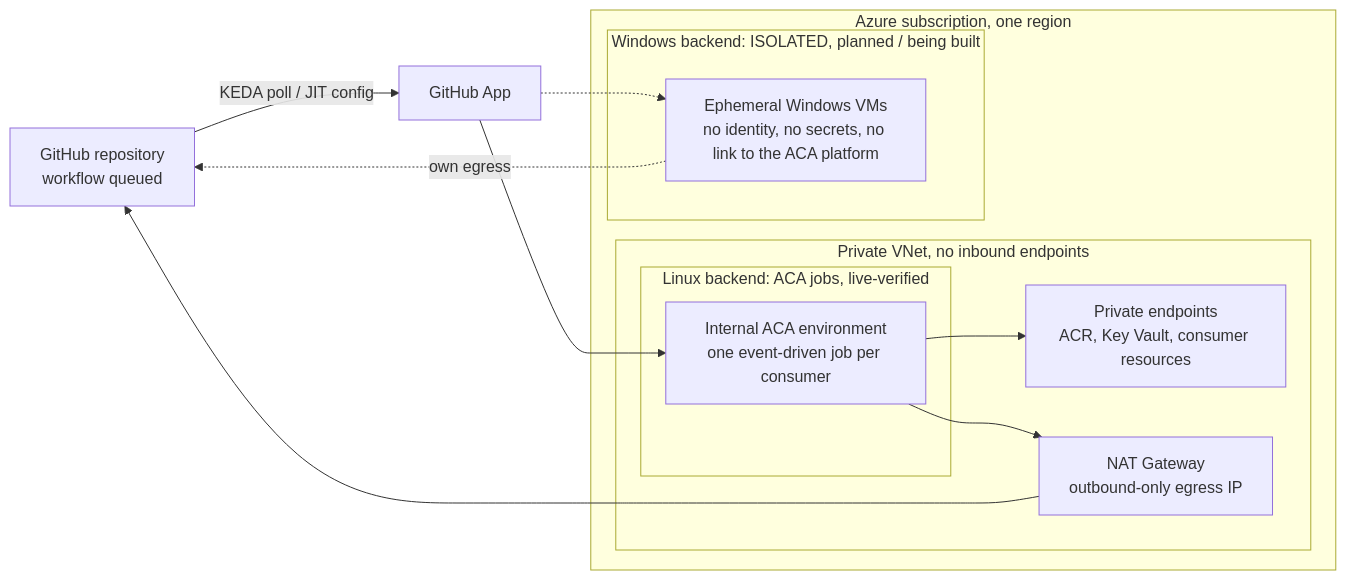
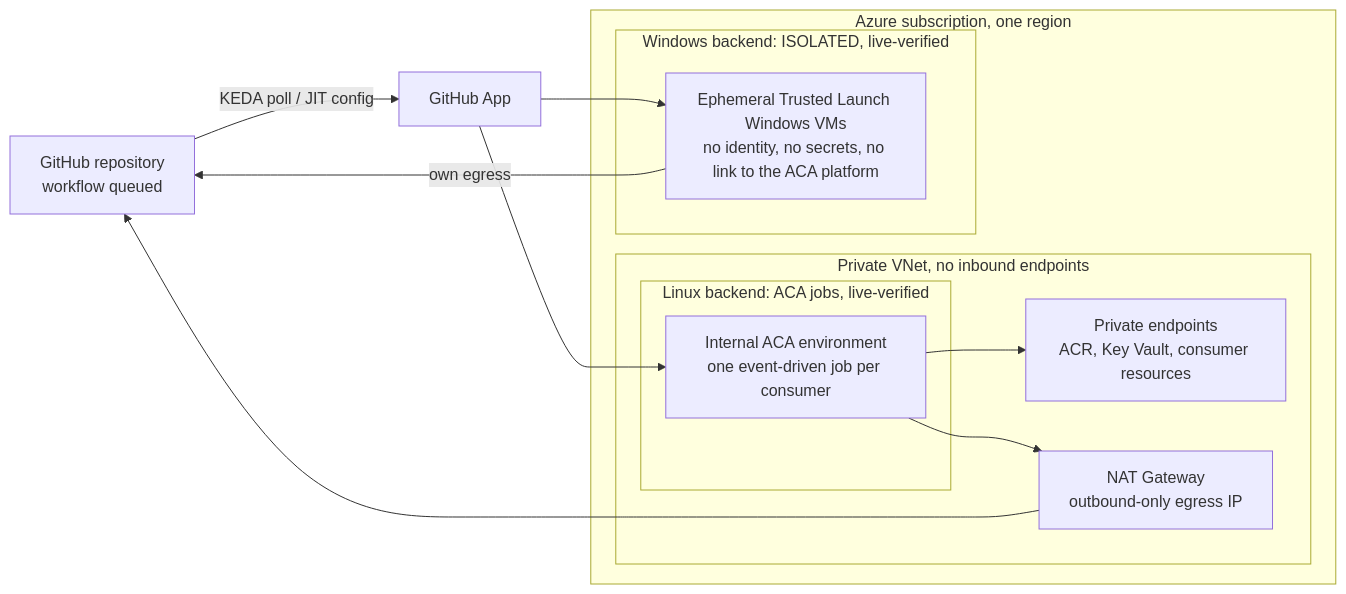
Before and after one commit to jonathan-vella/azure-gh-runners: the diagram in README.md, drawn with Mermaid. The commit also changed other lines of this file and 6 other files, not shown here.

First line of the commit message:
docs: mark Windows backend live-verified, rebuild README for v1.0.0 (#120)

````diff
--- a/README.md
+++ b/README.md
@@ -20,21 +20,21 @@
 ```mermaid
 flowchart LR
   GH[GitHub repository<br/>workflow queued] -->|KEDA poll / JIT config| APP[GitHub App]
   subgraph AZ[Azure subscription, one region]
     subgraph VNET[Private VNet, no inbound endpoints]
       subgraph LIN[Linux backend: ACA jobs, live-verified]
         ACA[Internal ACA environment<br/>one event-driven job per consumer]
       end
       PE[Private endpoints<br/>ACR, Key Vault, consumer resources]
       NAT[NAT Gateway<br/>outbound-only egress IP]
     end
-    subgraph WIN[Windows backend: ISOLATED, planned / being built]
-      VM[Ephemeral Windows VMs<br/>no identity, no secrets, no link to the ACA platform]
+    subgraph WIN[Windows backend: ISOLATED, live-verified]
+      VM[Ephemeral Trusted Launch Windows VMs<br/>no identity, no secrets, no link to the ACA platform]
     end
   end
   APP --> ACA
-  APP -.-> VM
+  APP --> VM
   ACA --> PE
   ACA --> NAT --> GH
-  VM -.->|own egress| GH
+  VM -->|own egress| GH
 ```
````
